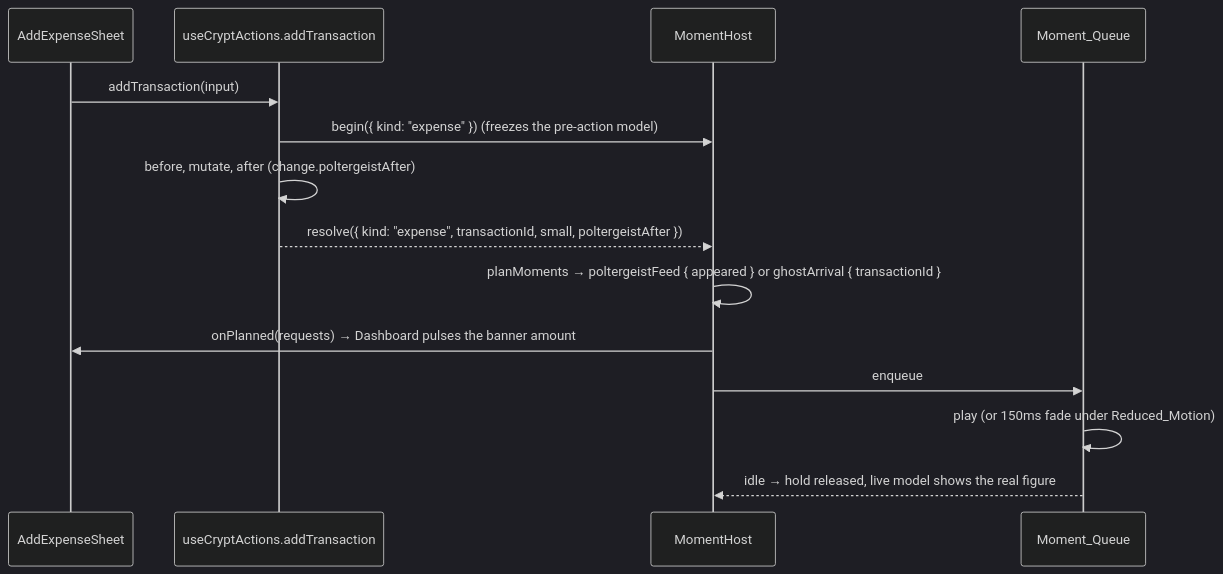
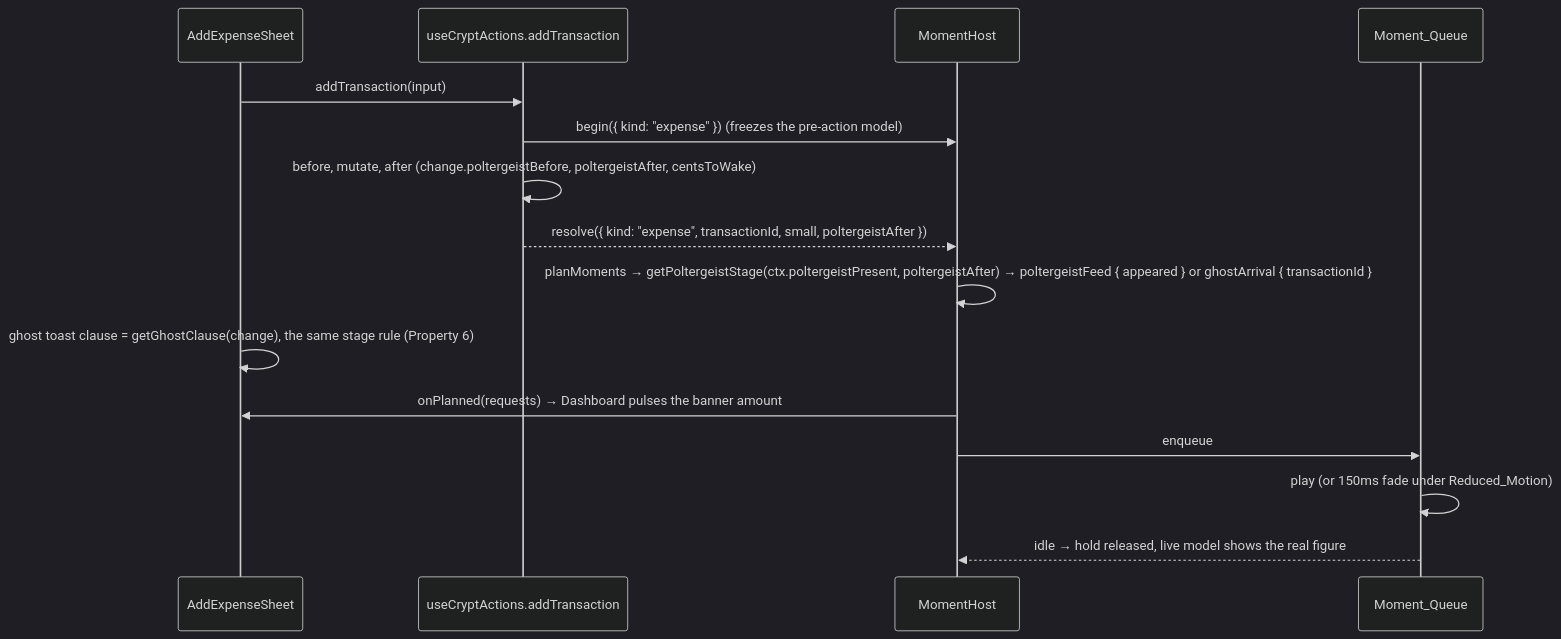
One commit to loubyl/CashCrypt changed the second of 2 diagrams in .kiro/specs/action-feedback/design.md. Above: the diagram before and after it, drawn with Mermaid (dark theme). The commit also changed other lines of this file and 17 other files, not shown here.

Commit message:
feat(feedback): ghost toast matches the Poltergeist state

````diff
--- a/.kiro/specs/action-feedback/design.md
+++ b/.kiro/specs/action-feedback/design.md
@@ -159,16 +159,17 @@
 ```mermaid
 sequenceDiagram
   participant S as AddExpenseSheet
   participant A as useCryptActions.addTransaction
   participant O as MomentHost
   participant Q as Moment_Queue
   S->>A: addTransaction(input)
   A->>O: begin({ kind: "expense" })  (freezes the pre-action model)
-  A->>A: before, mutate, after (change.poltergeistAfter)
+  A->>A: before, mutate, after (change.poltergeistBefore, poltergeistAfter, centsToWake)
   A-->>O: resolve({ kind: "expense", transactionId, small, poltergeistAfter })
-  O->>O: planMoments → poltergeistFeed { appeared } or ghostArrival { transactionId }
+  O->>O: planMoments → getPoltergeistStage(ctx.poltergeistPresent, poltergeistAfter) → poltergeistFeed { appeared } or ghostArrival { transactionId }
+  S->>S: ghost toast clause = getGhostClause(change), the same stage rule (Property 6)
   O->>S: onPlanned(requests) → Dashboard pulses the banner amount
   O->>Q: enqueue
   Q->>Q: play (or 150ms fade under Reduced_Motion)
   Q-->>O: idle → hold released, live model shows the real figure
 ```
````
